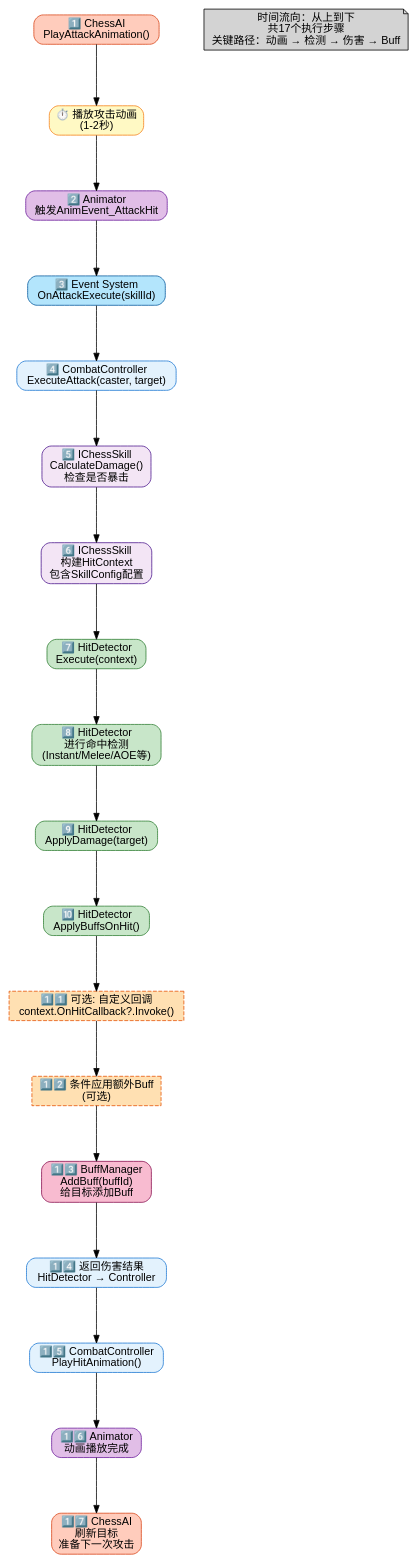
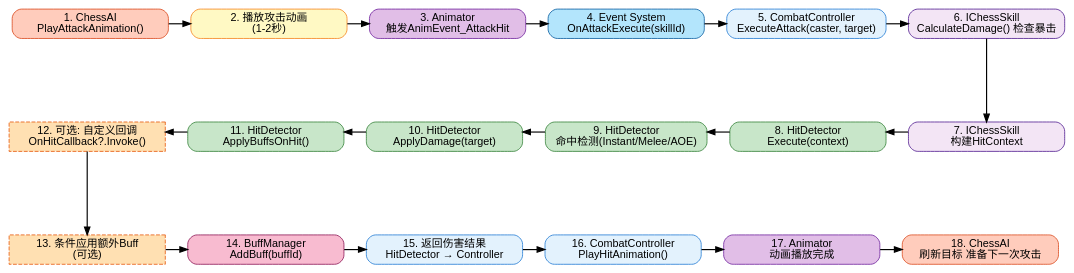
The diagram in 项目知识库（AI）/图表资源/05_技能执行时序图.md (TXYzznc/GP), drawn with Graphviz before and after one commit. The commit also changed 8 other files, not shown here.

Commit message:
chore: 同步 Prefab、工程配置和知识库图表更新

````diff
--- a/项目知识库（AI）/图表资源/05_技能执行时序图.md
+++ b/项目知识库（AI）/图表资源/05_技能执行时序图.md
@@ -3,73 +3,56 @@
 ```dot
-// 技能执行时序图 - Graphviz流程图形式
-// 自上而下显示技能执行流程
+// 技能执行时序图 - 蛇形布局
 digraph SkillExecutionSequence {
     graph [
         rankdir=TB
-        splines=orthogonal
-        nodesep=0.8
-        ranksep=1.0
+        splines=ortho
+        nodesep=0.4
+        ranksep=1.5
         fontname="SimHei,sans-serif"
     ]
     
-    node [shape=box, style="filled,rounded", fontname="SimHei,sans-serif"]
+    node [shape=box, style="filled,rounded", fontname="SimHei,sans-serif", width=2.8]
+    edge [penwidth=1.5]
     
-    // 时间线：从上到下
-    s1 [label="1️⃣ ChessAI\nPlayAttackAnimation()", fillcolor="#ffccbc", color="#d84315"]
-    s2 [label="⏱️ 播放攻击动画\n(1-2秒)", fillcolor="#fff9c4", color="#f57f17"]
+    // 节点定义
+    s1 [label="1. ChessAI\nPlayAttackAnimation()", fillcolor="#ffccbc", color="#d84315"]
+    s2 [label="2. 播放攻击动画\n(1-2秒)", fillcolor="#fff9c4", color="#f57f17"]
+    s3 [label="3. Animator\n触发AnimEvent_AttackHit", fillcolor="#e1bee7", color="#6a1b9a"]
+    s4 [label="4. Event System\nOnAttackExecute(skillId)", fillcolor="#b3e5fc", color="#01579b"]
+    s5 [label="5. CombatController\nExecuteAttack(caster, target)", fillcolor="#e3f2fd", color="#1976d2"]
+    s6 [label="6. IChessSkill\nCalculateDamage() 检查暴击", fillcolor="#f3e5f5", color="#4a148c"]
     
-    s3 [label="2️⃣ Animator\n触发AnimEvent_AttackHit", fillcolor="#e1bee7", color="#6a1b9a"]
+    s7 [label="7. IChessSkill\n构建HitContext", fillcolor="#f3e5f5", color="#4a148c"]
+    s8 [label="8. HitDetector\nExecute(context)", fillcolor="#c8e6c9", color="#2e7d32"]
+    s9 [label="9. HitDetector\n命中检测(Instant/Melee/AOE)", fillcolor="#c8e6c9", color="#2e7d32"]
+    s10 [label="10. HitDetector\nApplyDamage(target)", fillcolor="#c8e6c9", color="#2e7d32"]
+    s11 [label="11. HitDetector\nApplyBuffsOnHit()", fillcolor="#c8e6c9", color="#2e7d32"]
+    s12 [label="12. 可选: 自定义回调\nOnHitCallback?.Invoke()", fillcolor="#ffe0b2", color="#e65100", style="filled,dashed"]
     
-    s4 [label="3️⃣ Event System\nOnAttackExecute(skillId)", fillcolor="#b3e5fc", color="#01579b"]
+    s13 [label="13. 条件应用额外Buff\n(可选)", fillcolor="#ffe0b2", color="#e65100", style="filled,dashed"]
+    s14 [label="14. BuffManager\nAddBuff(buffId)", fillcolor="#f8bbd0", color="#880e4f"]
+    s15 [label="15. 返回伤害结果\nHitDetector → Controller", fillcolor="#e3f2fd", color="#1976d2"]
+    s16 [label="16. CombatController\nPlayHitAnimation()", fillcolor="#e3f2fd", color="#1976d2"]
+    s17 [label="17. Animator\n动画播放完成", fillcolor="#e1bee7", color="#6a1b9a"]
+    s18 [label="18. ChessAI\n刷新目标 准备下一次攻击", fillcolor="#ffccbc", color="#d84315"]
     
-    s5 [label="4️⃣ CombatController\nExecuteAttack(caster, target)", fillcolor="#e3f2fd", color="#1976d2"]
+    // === 第1行：左→右 ===
+    {rank=same; s1; s2; s3; s4; s5; s6}
+    s1 -> s2 -> s3 -> s4 -> s5 -> s6
     
-    s6 [label="5️⃣ IChessSkill\nCalculateDamage()\n检查是否暴击", fillcolor="#f3e5f5", color="#4a148c"]
+    // === 第2行：右→左（蛇形折返）===
+    {rank=same; s7; s8; s9; s10; s11; s12}
+    // 不可见边控制排列顺序：s12在左, s7在右
+    s12 -> s11 -> s10 -> s9 -> s8 -> s7 [style=invis]
+    // 可见流程边（从右往左画箭头）
+    s7 -> s8 -> s9 -> s10 -> s11 -> s12 [constraint=false]
     
-    s7 [label="6️⃣ IChessSkill\n构建HitContext\n包含SkillConfig配置", fillcolor="#f3e5f5", color="#4a148c"]
+    // === 第3行：左→右 ===
+    {rank=same; s13; s14; s15; s16; s17; s18}
+    s13 -> s14 -> s15 -> s16 -> s17 -> s18
     
-    s8 [label="7️⃣ HitDetector\nExecute(context)", fillcolor="#c8e6c9", color="#2e7d32"]
-    
-    s9 [label="8️⃣ HitDetector\n进行命中检测\n(Instant/Melee/AOE等)", fillcolor="#c8e6c9", color="#2e7d32"]
-    
-    s10 [label="9️⃣ HitDetector\nApplyDamage(target)", fillcolor="#c8e6c9", color="#2e7d32"]
-    
-    s11 [label="🔟 HitDetector\nApplyBuffsOnHit()", fillcolor="#c8e6c9", color="#2e7d32"]
-    
-    s12 [label="1️⃣1️⃣ 可选: 自定义回调\ncontext.OnHitCallback?.Invoke()", fillcolor="#ffe0b2", color="#e65100", style="filled,dashed"]
-    
-    s13 [label="1️⃣2️⃣ 条件应用额外Buff\n(可选)", fillcolor="#ffe0b2", color="#e65100", style="filled,dashed"]
-    
-    s14 [label="1️⃣3️⃣ BuffManager\nAddBuff(buffId)\n给目标添加Buff", fillcolor="#f8bbd0", color="#880e4f"]
-    
-    s15 [label="1️⃣4️⃣ 返回伤害结果\nHitDetector → Controller", fillcolor="#e3f2fd", color="#1976d2"]
-    
-    s16 [label="1️⃣5️⃣ CombatController\nPlayHitAnimation()", fillcolor="#e3f2fd", color="#1976d2"]
-    
-    s17 [label="1️⃣6️⃣ Animator\n动画播放完成", fillcolor="#e1bee7", color="#6a1b9a"]
-    
-    s18 [label="1️⃣7️⃣ ChessAI\n刷新目标\n准备下一次攻击", fillcolor="#ffccbc", color="#d84315"]
-    
-    // 线性流程
-    s1 -> s2
-    s2 -> s3
-    s3 -> s4
-    s4 -> s5
-    s5 -> s6
-    s6 -> s7
-    s7 -> s8
-    s8 -> s9
-    s9 -> s10
-    s10 -> s11
-    s11 -> s12
-    s12 -> s13
-    s13 -> s14
-    s14 -> s15
-    s15 -> s16
-    s16 -> s17
-    s17 -> s18
-    
-    // 备注说明
-    note [label="时间流向：从上到下\n共17个执行步骤\n关键路径：动画 → 检测 → 伤害 → Buff", shape=note]
+    // === 蛇形转弯连接 ===
+    s6 -> s7    // 右侧向下转弯
+    s12 -> s13  // 左侧向下转弯
 }
 ```
````
